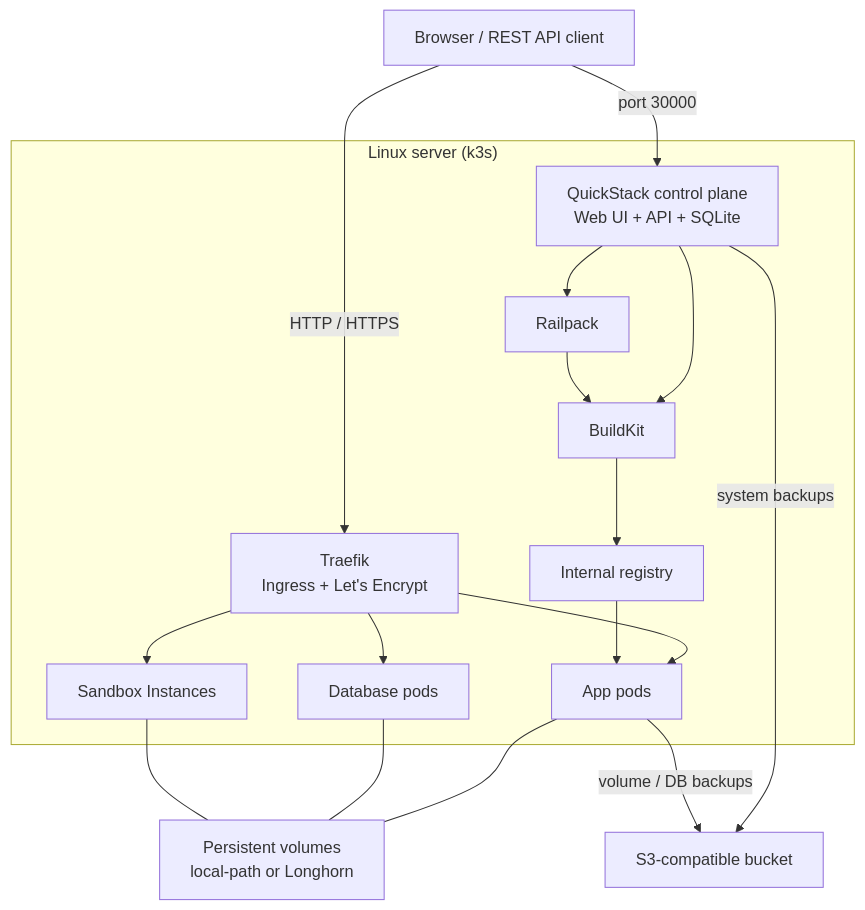
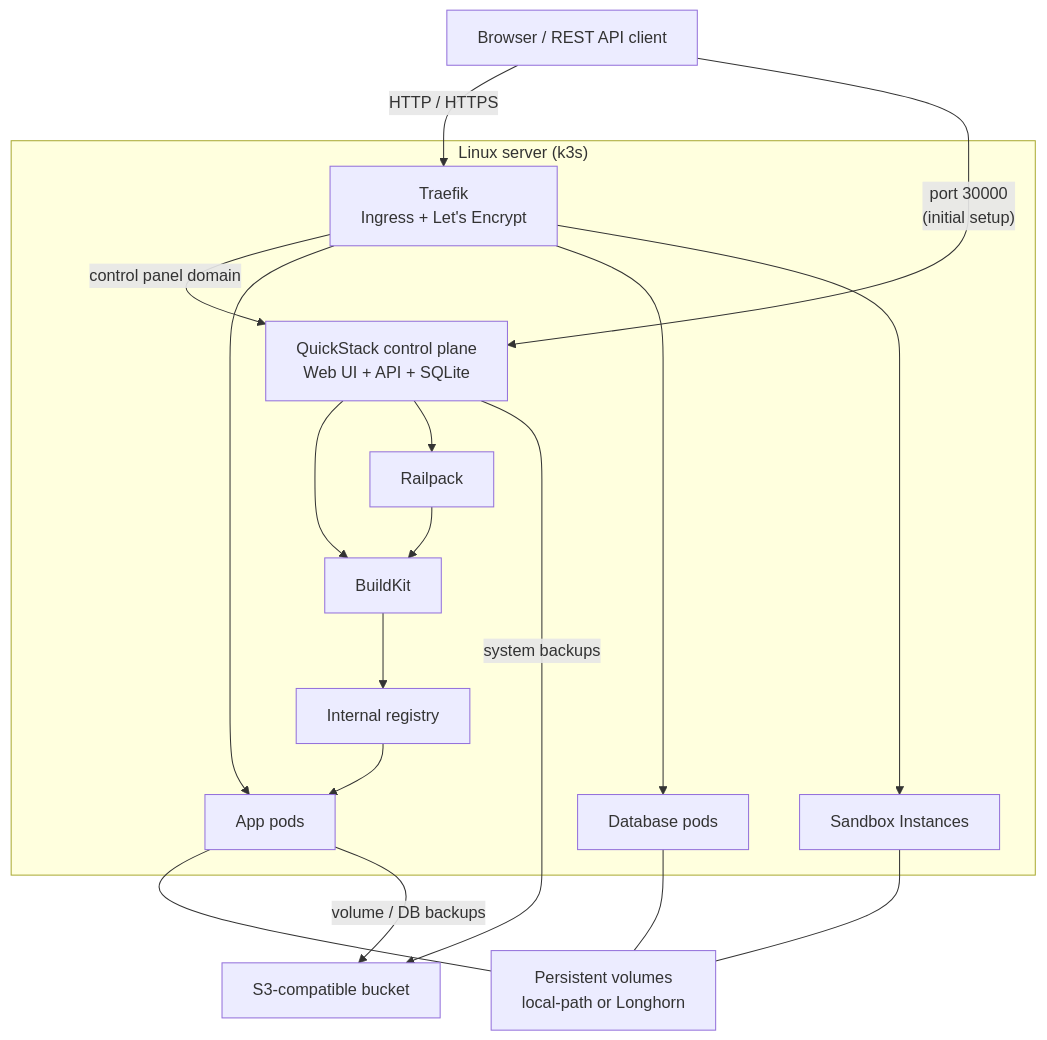
One commit to biersoeckli/QuickStack-Docs changed the first of 3 diagrams in content/docs/concepts/architecture.mdx. Above: the diagram before and after it, drawn with Mermaid. The commit also changed other lines of this file, not shown here.

Commit message:
docs: show control panel served through Traefik once a domain is set
Add a Traefik -> QuickStack edge to the architecture diagram and clarify
that port 30000 is for the initial setup only.

````diff
--- a/content/docs/concepts/architecture.mdx
+++ b/content/docs/concepts/architecture.mdx
@@ -28,34 +28,35 @@
 ```mermaid
 flowchart TB
   user["Browser / REST API client"]
 
   subgraph server["Linux server (k3s)"]
     traefik["Traefik<br/>Ingress + Let's Encrypt"]
     qs["QuickStack control plane<br/>Web UI + API + SQLite"]
     buildkit["BuildKit"]
     railpack["Railpack"]
     registry["Internal registry"]
     app["App pods"]
     db["Database pods"]
     sandbox["Sandbox Instances"]
   end
 
   volume["Persistent volumes<br/>local-path or Longhorn"]
   s3["S3-compatible bucket"]
 
   user -->|"HTTP / HTTPS"| traefik
-  user -->|"port 30000"| qs
+  user -->|"port 30000<br/>(initial setup)"| qs
+  traefik -->|"control panel domain"| qs
   traefik --> app
   traefik --> db
   traefik --> sandbox
   qs --> buildkit
   qs --> railpack
   railpack --> buildkit
   buildkit --> registry
   registry --> app
   app --- volume
   db --- volume
   sandbox --- volume
   qs -->|"system backups"| s3
   app -->|"volume / DB backups"| s3
 ```
````
